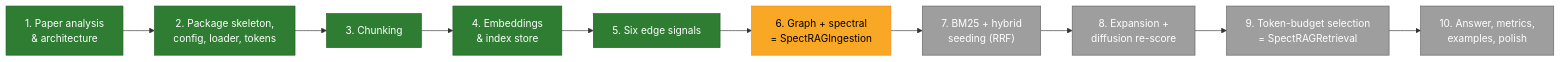
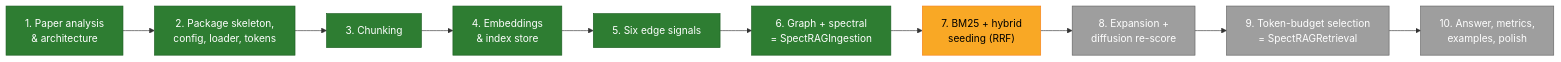
One commit to aion7891/Spect-RAG changed the fifth of 10 diagrams in README.md. Above: the diagram before and after it, drawn with Mermaid. The commit also changed other lines of this file and 9 other files, not shown here.

Commit message:
feat: Phase 6 – weighted chunk graph, spectral coordinates, clusters and SpectRAGIngestion

````diff
--- a/README.md
+++ b/README.md
@@ -431,15 +437,15 @@
 ```mermaid
 flowchart LR
     P1["1. Paper analysis<br/>& architecture"]:::done --> P2["2. Package skeleton,<br/>config, loader, tokens"]:::done
     P2 --> P3["3. Chunking"]:::done
     P3 --> P4["4. Embeddings<br/>& index store"]:::done
     P4 --> P5["5. Six edge signals"]:::done
-    P5 --> P6["6. Graph + spectral<br/>= SpectRAGIngestion"]:::doing
-    P6 --> P7["7. BM25 + hybrid<br/>seeding (RRF)"]:::todo
+    P5 --> P6["6. Graph + spectral<br/>= SpectRAGIngestion"]:::done
+    P6 --> P7["7. BM25 + hybrid<br/>seeding (RRF)"]:::doing
     P7 --> P8["8. Expansion +<br/>diffusion re-score"]:::todo
     P8 --> P9["9. Token-budget selection<br/>= SpectRAGRetrieval"]:::todo
     P9 --> P10["10. Answer, metrics,<br/>examples, polish"]:::todo
     classDef done fill:#2e7d32,color:#fff,stroke:#1b5e20
     classDef doing fill:#f9a825,color:#000,stroke:#f57f17
     classDef todo fill:#9e9e9e,color:#fff,stroke:#616161
 ```
````
